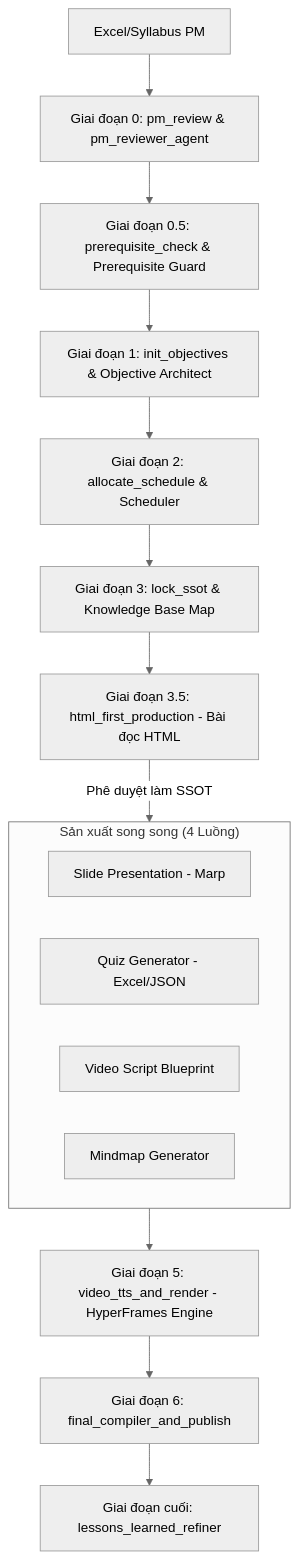
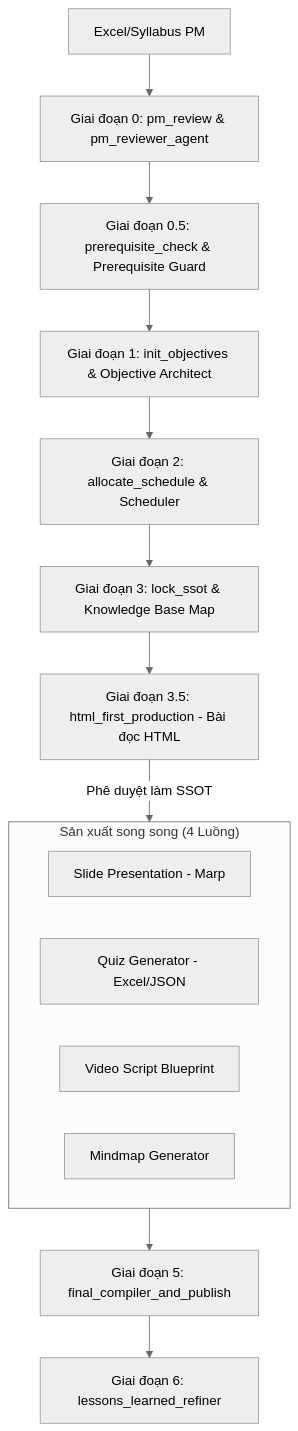
One commit to ngoquy12/learning_material changed the diagram in docs/design_reports/project_analysis_report.md. Above: the diagram before and after it, drawn with Mermaid (neutral theme). The commit also changed other lines of this file and 12 other files, not shown here.

Commit message:
refactor: go bo HyperFrames, chi giu tao kich ban video

````diff
--- a/docs/design_reports/project_analysis_report.md
+++ b/docs/design_reports/project_analysis_report.md
@@ -14,21 +14,20 @@
 ```mermaid
 graph TD
     PM[Excel/Syllabus PM] --> PMR[Giai đoạn 0: pm_review & pm_reviewer_agent]
     PMR --> PG[Giai đoạn 0.5: prerequisite_check & Prerequisite Guard]
     PG --> OA[Giai đoạn 1: init_objectives & Objective Architect]
     OA --> SA[Giai đoạn 2: allocate_schedule & Scheduler]
     SA --> KB[Giai đoạn 3: lock_ssot & Knowledge Base Map]
     KB --> HTML[Giai đoạn 3.5: html_first_production - Bài đọc HTML]
     HTML -->|Phê duyệt làm SSOT| Parallel[Giai đoạn 4: parallel_derived_production]
     
     subgraph Parallel ["Sản xuất song song (4 Luồng)"]
         Slide[Slide Presentation - Marp]
         Quiz[Quiz Generator - Excel/JSON]
         VideoScript[Video Script Blueprint]
         Mindmap[Mindmap Generator]
     end
     
-    Parallel --> TTS[Giai đoạn 5: video_tts_and_render - HyperFrames Engine]
-    TTS --> Publish[Giai đoạn 6: final_compiler_and_publish]
-    Publish --> Refine[Giai đoạn cuối: lessons_learned_refiner]
+    Parallel --> Publish[Giai đoạn 5: final_compiler_and_publish]
+    Publish --> Refine[Giai đoạn 6: lessons_learned_refiner]
 ```
````
